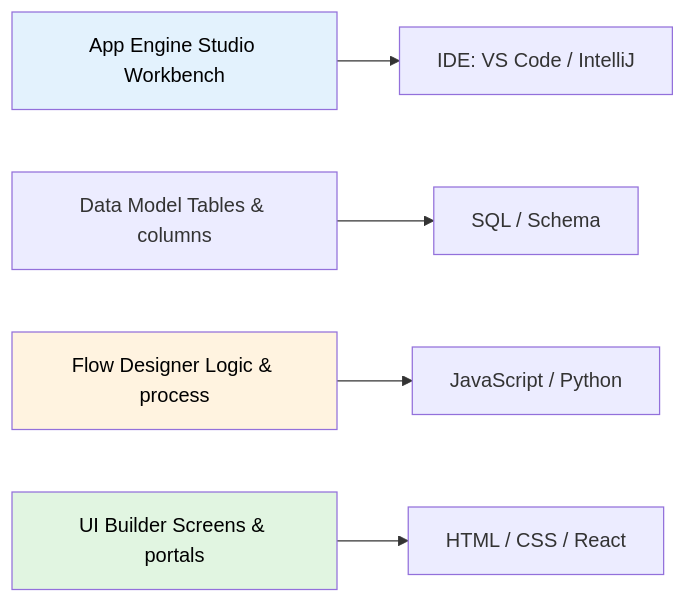
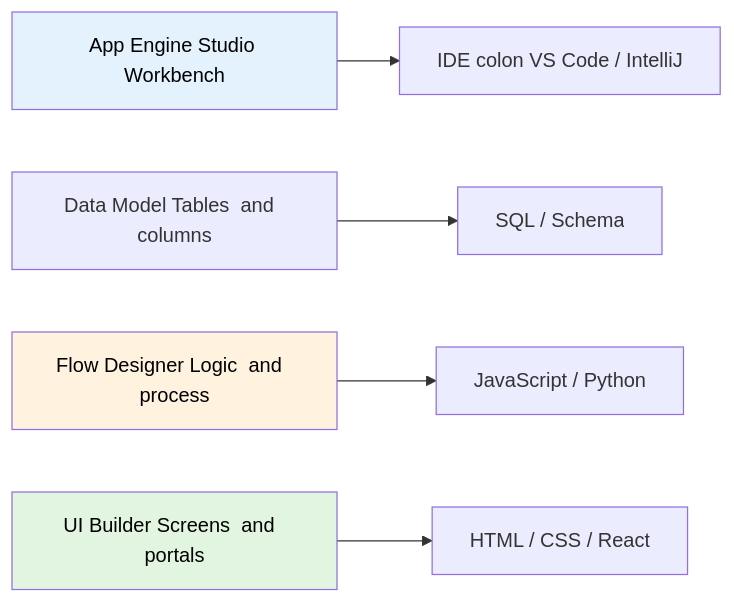
Before and after one commit to eltonaguiar/ServiceNow_Learning_TSOM-_CSM_FSM_SalesCRM_HAM_ITSM: the fifth of 5 diagrams in docs/modules/app-engine/app-engine-guide.md, drawn with Mermaid. The commit also changed other lines of this file and 19 other files, not shown here.

Commit message:
Fix all Mermaid diagram special characters - replace dollar, parens, slashes, quotes, pipes, nested brackets and other unsafe chars inside brackets with safe alternatives across 19 files

````diff
--- a/docs/modules/app-engine/app-engine-guide.md
+++ b/docs/modules/app-engine/app-engine-guide.md
@@ -291,11 +291,11 @@
 ```mermaid
 graph LR
-    AES[App Engine Studio Workbench] --> IDE[IDE: VS Code / IntelliJ]
-    DM[Data Model Tables & columns] --> SQL[SQL / Schema]
-    FD[Flow Designer Logic & process] --> JS[JavaScript / Python]
-    UB[UI Builder Screens & portals] --> HTML[HTML / CSS / React]
+    AES[App Engine Studio Workbench] --> IDE[IDE colon  VS Code / IntelliJ]
+    DM[Data Model Tables  and  columns] --> SQL[SQL / Schema]
+    FD[Flow Designer Logic  and  process] --> JS[JavaScript / Python]
+    UB[UI Builder Screens  and  portals] --> HTML[HTML / CSS / React]
 
     style AES fill:#e3f2fd,color:#000
     style FD fill:#fff3e0,color:#000
     style UB fill:#e1f5e1,color:#000
 ```
````
